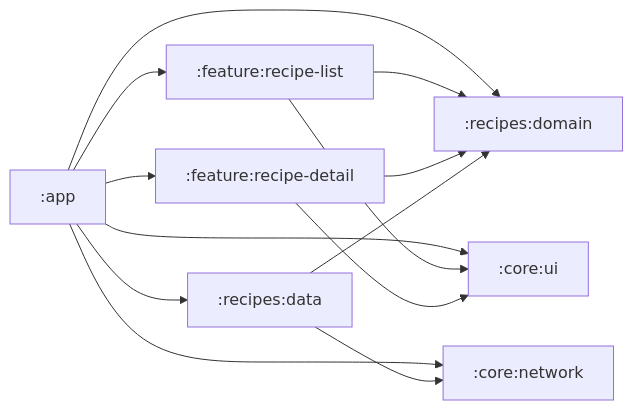
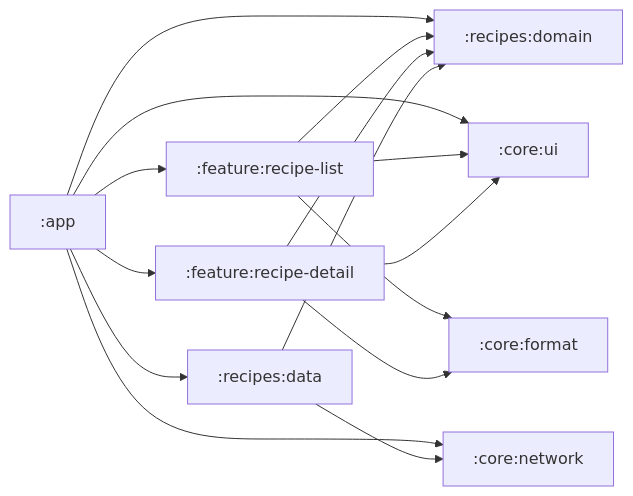
One commit to railsonrsa/recipes-android changed the second of 3 diagrams in README.md. Above: the diagram before and after it, drawn with Mermaid. The commit also changed other lines of this file and 4 other files, not shown here.

Commit message:
docs: :core:format in the README and specs (#72)

````diff
--- a/README.md
+++ b/README.md
@@ -80,15 +80,17 @@
 ```mermaid
 flowchart LR
   app[":app"] --> list[":feature:recipe-list"]
   app --> detail[":feature:recipe-detail"]
   app --> data[":recipes:data"]
   app --> domain
   app --> ui
   app --> net
   list --> domain[":recipes:domain"]
   detail --> domain
   list --> ui[":core:ui"]
   detail --> ui
+  list --> format[":core:format"]
+  detail --> format
   data --> domain
   data --> net[":core:network"]
 ```
````
